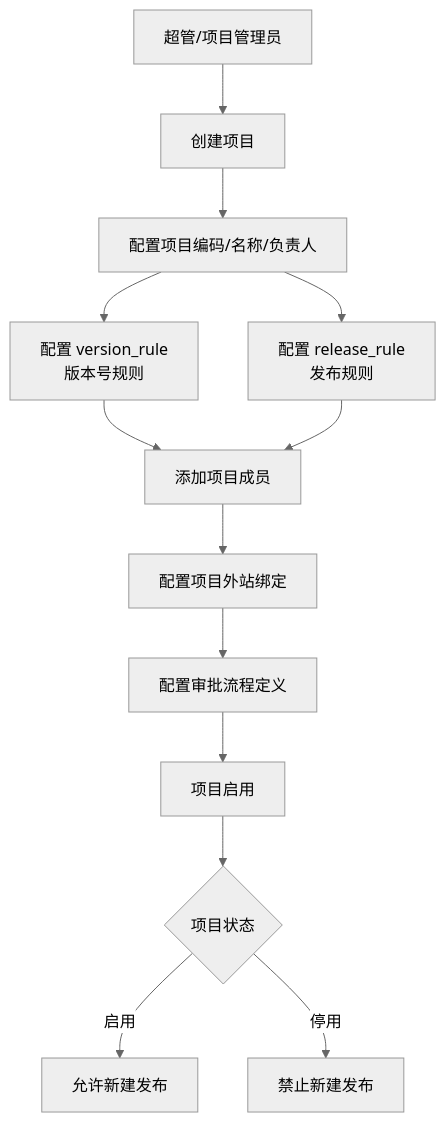
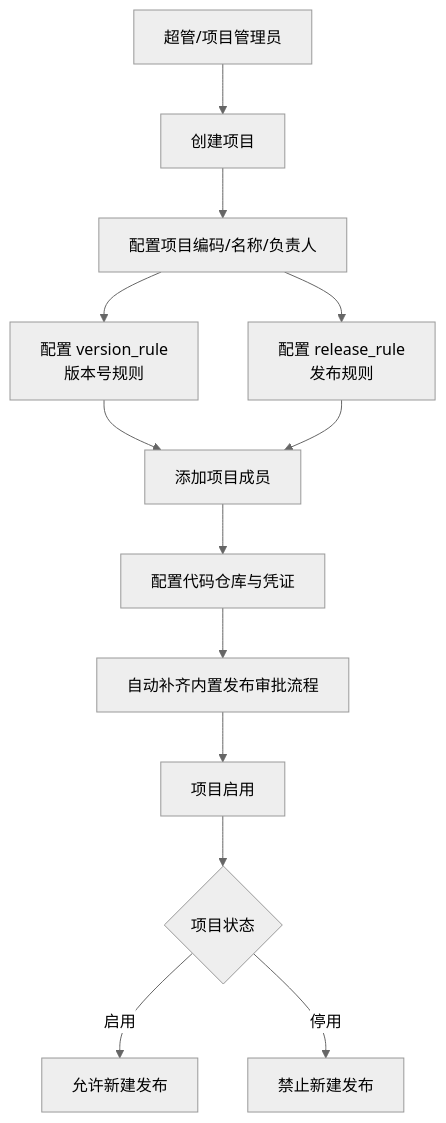
Before and after one commit to qingxiaoyuan/trace-ship: the second of 17 diagrams in docs/business-process-analysis.md, drawn with Mermaid (neutral theme). The commit also changed other lines of this file and 8 other files, not shown here.

````diff
--- a/docs/business-process-analysis.md
+++ b/docs/business-process-analysis.md
@@ -70,15 +92,15 @@
 ```mermaid
 flowchart TD
     A[超管/项目管理员] --> B[创建项目]
     B --> C[配置项目编码/名称/负责人]
     C --> D[配置 version_rule<br/>版本号规则]
     C --> E[配置 release_rule<br/>发布规则]
     D --> F[添加项目成员]
     E --> F
-    F --> G[配置项目外站绑定]
-    G --> H[配置审批流程定义]
+    F --> G[配置代码仓库与凭证]
+    G --> H[自动补齐内置发布审批流程]
     H --> I[项目启用]
     I --> J{项目状态}
     J -->|启用| K[允许新建发布]
     J -->|停用| L[禁止新建发布]
 ```
````
